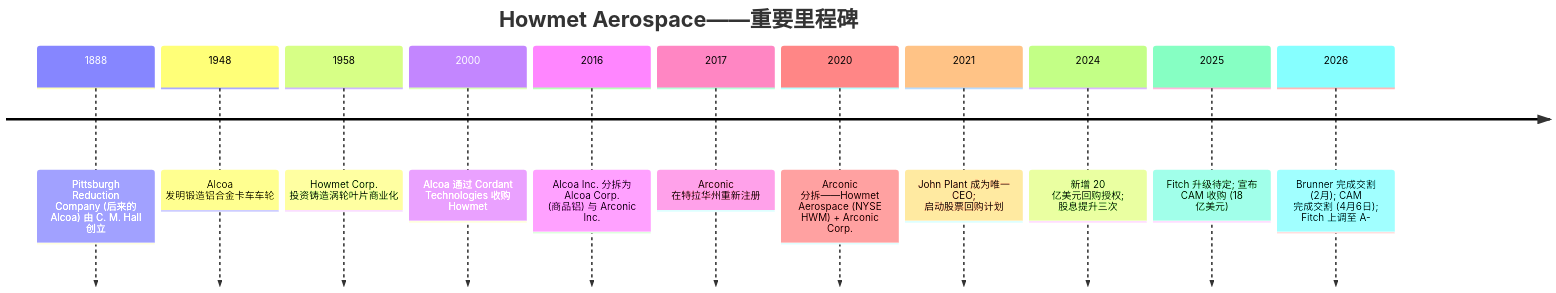
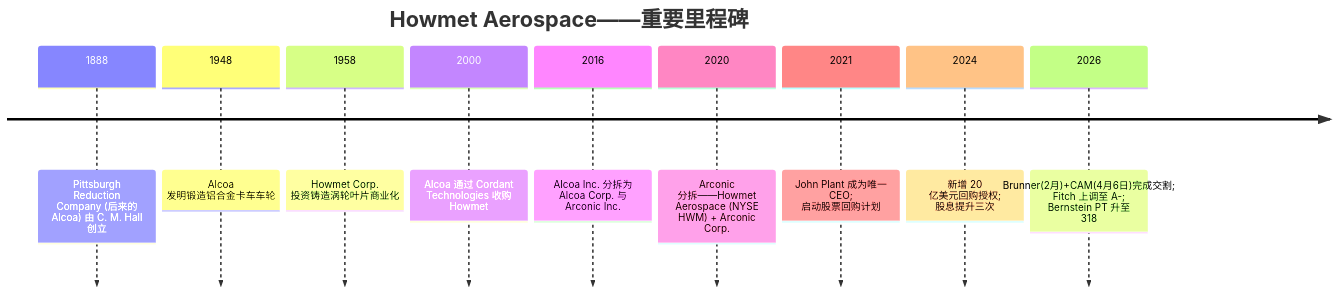
Before and after one commit to dadachundan/financial_agent: the first of 4 diagrams in reports/company/Howmet_NYSE_HWM/Howmet_NYSE_HWM_公司研究.md, drawn with Mermaid. The commit also changed other lines of this file and 16 other files, not shown here.

````diff
--- a/reports/company/Howmet_NYSE_HWM/Howmet_NYSE_HWM_公司研究.md
+++ b/reports/company/Howmet_NYSE_HWM/Howmet_NYSE_HWM_公司研究.md
@@ -56,15 +428,13 @@
 ```mermaid
 timeline
     title Howmet Aerospace——重要里程碑
     1888 : Pittsburgh Reduction Company (后来的 Alcoa) 由 C. M. Hall 创立
     1948 : Alcoa 发明锻造铝合金卡车车轮
     1958 : Howmet Corp. 投资铸造涡轮叶片商业化
     2000 : Alcoa 通过 Cordant Technologies 收购 Howmet
-    2016 : Alcoa Inc. 分拆为 Alcoa Corp. (商品铝) 与 Arconic Inc.
-    2017 : Arconic 在特拉华州重新注册
+    2016 : Alcoa Inc. 分拆为 Alcoa Corp. 与 Arconic Inc.
     2020 : Arconic 分拆——Howmet Aerospace (NYSE HWM) + Arconic Corp.
     2021 : John Plant 成为唯一 CEO; 启动股票回购计划
     2024 : 新增 20 亿美元回购授权; 股息提升三次
-    2025 : Fitch 升级待定; 宣布 CAM 收购 (18 亿美元)
-    2026 : Brunner 完成交割 (2月); CAM 完成交割 (4月6日); Fitch 上调至 A-
+    2026 : Brunner(2月)+CAM(4月6日)完成交割; Fitch 上调至 A-; Bernstein PT 升至 318
 ```
````
